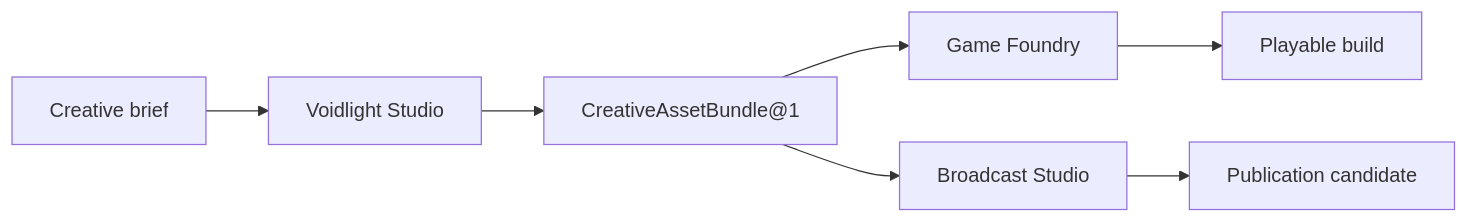
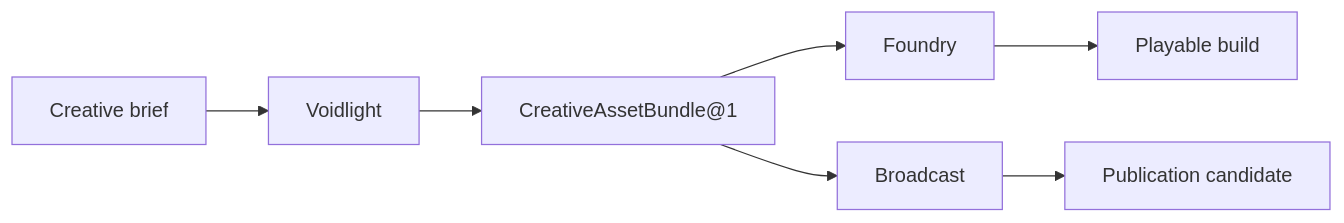
The diagram in docs/compositions/index.md (hexanomicon/lychd), drawn with Mermaid before and after one commit. The commit also changed other lines of this file and 17 other files, not shown here.

````diff
--- a/docs/compositions/index.md
+++ b/docs/compositions/index.md
@@ -111,9 +87,9 @@
 ```mermaid
 flowchart LR
-    B["Creative brief"] --> V["Voidlight Studio"]
+    B["Creative brief"] --> V["Voidlight"]
     V --> A["CreativeAssetBundle@1"]
-    A --> G["Game Foundry"]
-    A --> P["Broadcast Studio"]
+    A --> G["Foundry"]
+    A --> P["Broadcast"]
     G --> GB["Playable build"]
     P --> PC["Publication candidate"]
 ```
````
